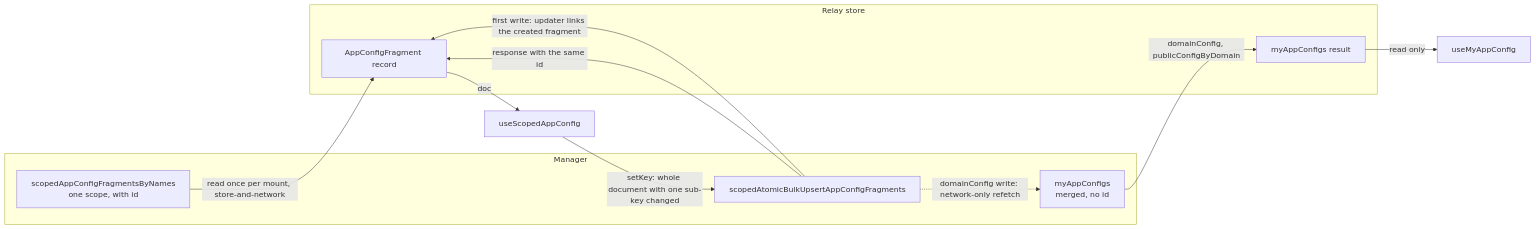
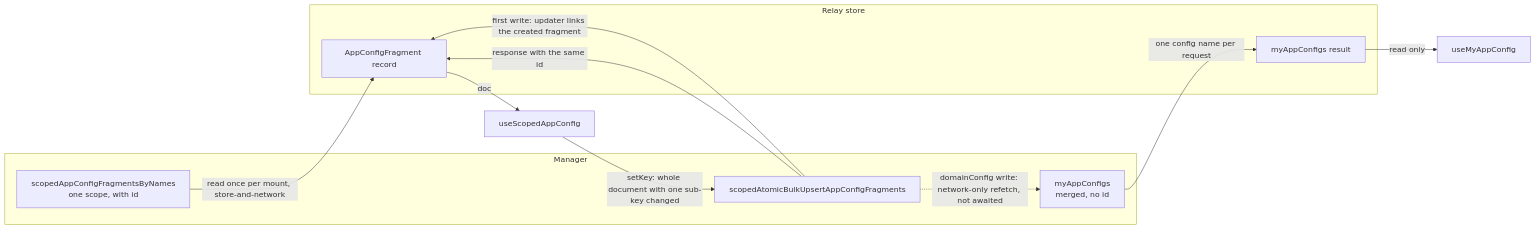
One commit to lablup/backend.ai-webui changed the diagram in docs/adr/0033-scoped-and-merged-app-config-hooks.md. Above: the diagram before and after it, drawn with Mermaid. The commit also changed other lines of this file and 13 other files, not shown here.

````diff
--- a/docs/adr/0033-scoped-and-merged-app-config-hooks.md
+++ b/docs/adr/0033-scoped-and-merged-app-config-hooks.md
@@ -22,20 +22,20 @@
 ```mermaid
 flowchart LR
   subgraph manager["Manager"]
     raw["scopedAppConfigFragmentsByNames<br/>one scope, with id"]
     merged["myAppConfigs<br/>merged, no id"]
     upsert["scopedAtomicBulkUpsertAppConfigFragments"]
   end
   subgraph store["Relay store"]
     rawRec["AppConfigFragment record"]
     mergedRec["myAppConfigs result"]
   end
   raw -- "read once per mount, store-and-network" --> rawRec
   rawRec -- "doc" --> scoped["useScopedAppConfig"]
   scoped -- "setKey: whole document with one sub-key changed" --> upsert
   upsert -- "response with the same id" --> rawRec
   upsert -- "first write: updater links the created fragment" --> rawRec
-  upsert -. "domainConfig write: network-only refetch" .-> merged
-  merged -- "domainConfig, publicConfigByDomain" --> mergedRec
+  upsert -. "domainConfig write: network-only refetch, not awaited" .-> merged
+  merged -- "one config name per request" --> mergedRec
   mergedRec -- "read only" --> my["useMyAppConfig"]
 ```
````
